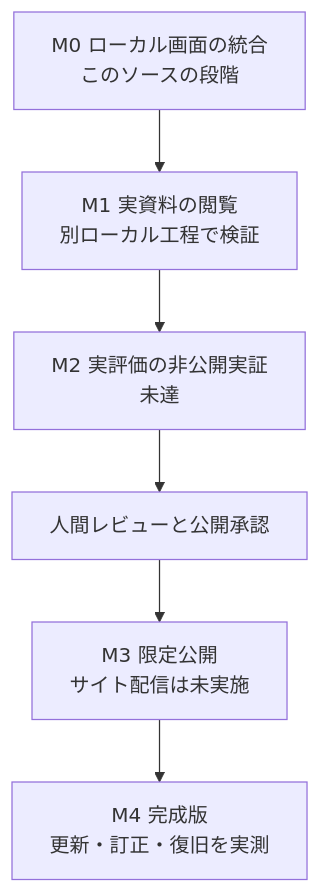
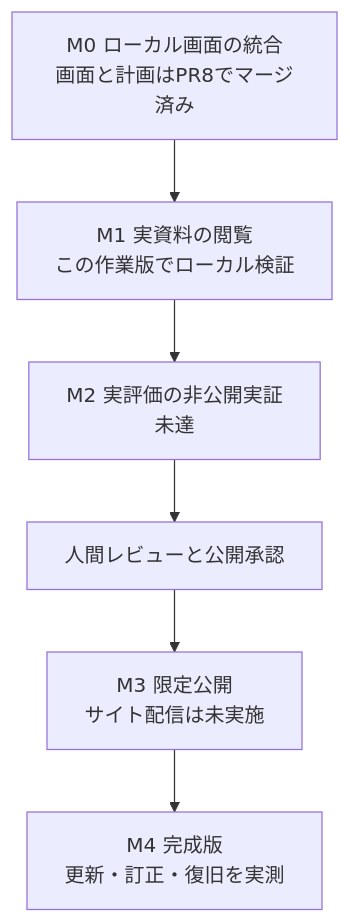
One commit to nexus-ai-2045/public-interest-lens changed the second of 2 diagrams in README.md. Above: the diagram before and after it, drawn with Mermaid. The commit also changed other lines of this file and 44 other files, not shown here.

````diff
--- a/README.md
+++ b/README.md
@@ -47,8 +47,8 @@
 ```mermaid
 flowchart TD
-    M0["M0 ローカル画面の統合<br/>このソースの段階"] --> M1["M1 実資料の閲覧<br/>別ローカル工程で検証"]
+    M0["M0 ローカル画面の統合<br/>画面と計画はPR8でマージ済み"] --> M1["M1 実資料の閲覧<br/>この作業版でローカル検証"]
     M1 --> M2["M2 実評価の非公開実証<br/>未達"]
     M2 --> G["人間レビューと公開承認"]
     G --> M3["M3 限定公開<br/>サイト配信は未実施"]
     M3 --> M4["M4 完成版<br/>更新・訂正・復旧を実測"]
 ```
````
